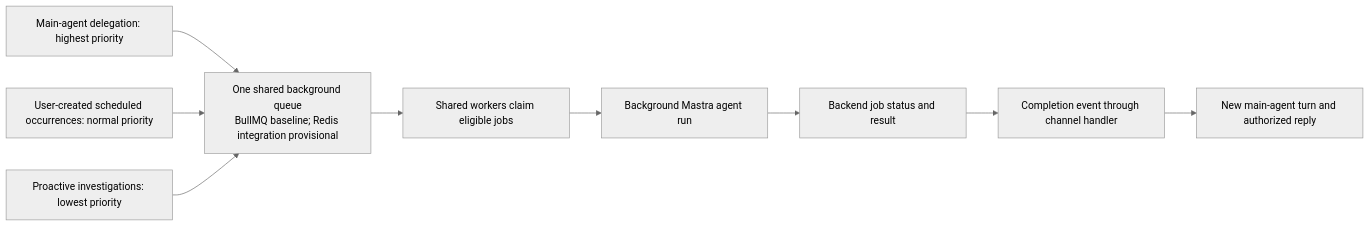
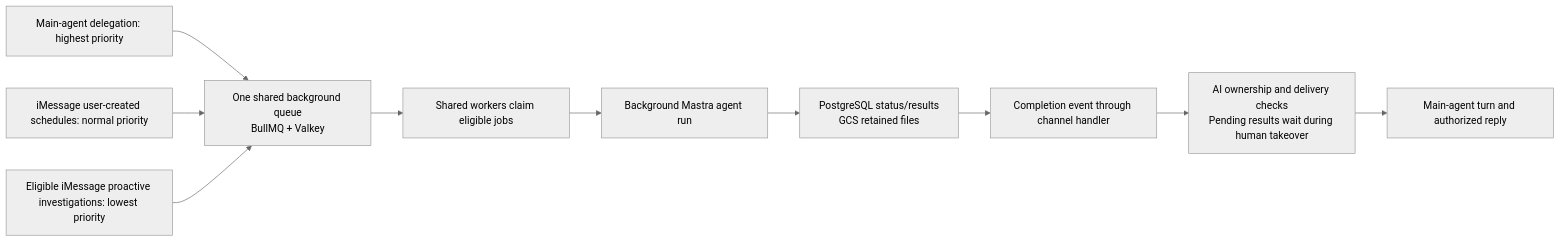
One commit to hsignals/ms-agentic-be changed the second of 3 diagrams in docs/architecture.md. Above: the diagram before and after it, drawn with Mermaid (neutral theme). The commit also changed other lines of this file and 36 other files, not shown here.

Commit message:
Update agent runtime, channel delivery, and storage design

````diff
--- a/docs/architecture.md
+++ b/docs/architecture.md
@@ -139,11 +157,12 @@
 ```mermaid
 flowchart LR
-    A["Main-agent delegation: highest priority"] --> Q["One shared background queue<br/>BullMQ baseline; Redis integration provisional"]
-    T["User-created scheduled occurrences: normal priority"] --> Q
-    P["Proactive investigations: lowest priority"] --> Q
+    A["Main-agent delegation: highest priority"] --> Q["One shared background queue<br/>BullMQ + Valkey"]
+    T["iMessage user-created schedules: normal priority"] --> Q
+    P["Eligible iMessage proactive investigations: lowest priority"] --> Q
     Q --> W["Shared workers claim eligible jobs"]
     W --> R["Background Mastra agent run"]
-    R --> D["Backend job status and result"]
+    R --> D["PostgreSQL status/results<br/>GCS retained files"]
     D --> O["Completion event through channel handler"]
-    O --> M["New main-agent turn and authorized reply"]
+    O --> M["AI ownership and delivery checks<br/>Pending results wait during human takeover"]
+    M --> A2["Main-agent turn and authorized reply"]
 ```
````
